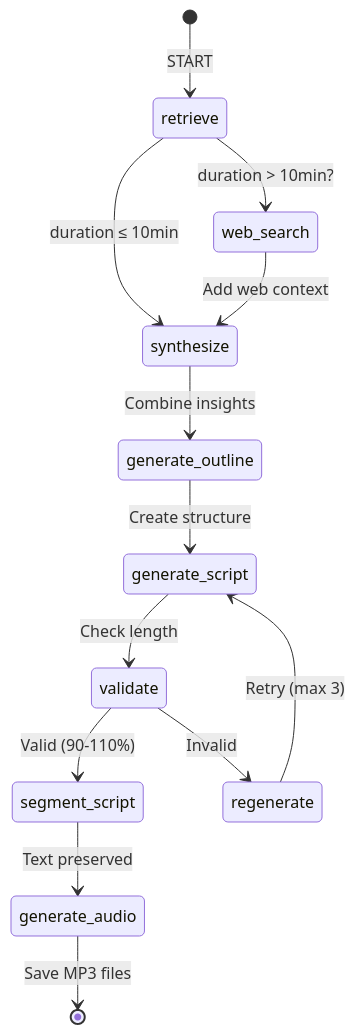
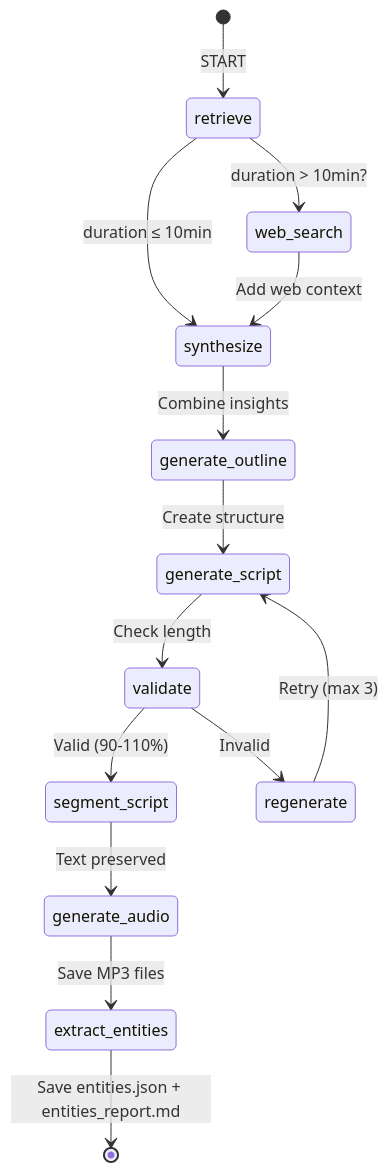
The second of 3 diagrams in README.md (Artempsl/generate_script), drawn with Mermaid before and after one commit. The commit also changed other lines of this file and 65 other files, not shown here.

````diff
--- a/README.md
+++ b/README.md
@@ -163,18 +173,19 @@
 ```mermaid
 stateDiagram-v2
     [*] --> retrieve: START
     retrieve --> web_search: duration > 10min?
     retrieve --> synthesize: duration ≤ 10min
     web_search --> synthesize: Add web context
     
     synthesize --> generate_outline: Combine insights
     generate_outline --> generate_script: Create structure
     generate_script --> validate: Check length
     
     validate --> segment_script: Valid (90-110%)
     validate --> regenerate: Invalid
     regenerate --> generate_script: Retry (max 3)
     
     segment_script --> generate_audio: Text preserved
-    generate_audio --> [*]: Save MP3 files
+    generate_audio --> extract_entities: Save MP3 files
+    extract_entities --> [*]: Save entities.json + entities_report.md
 ```
````
